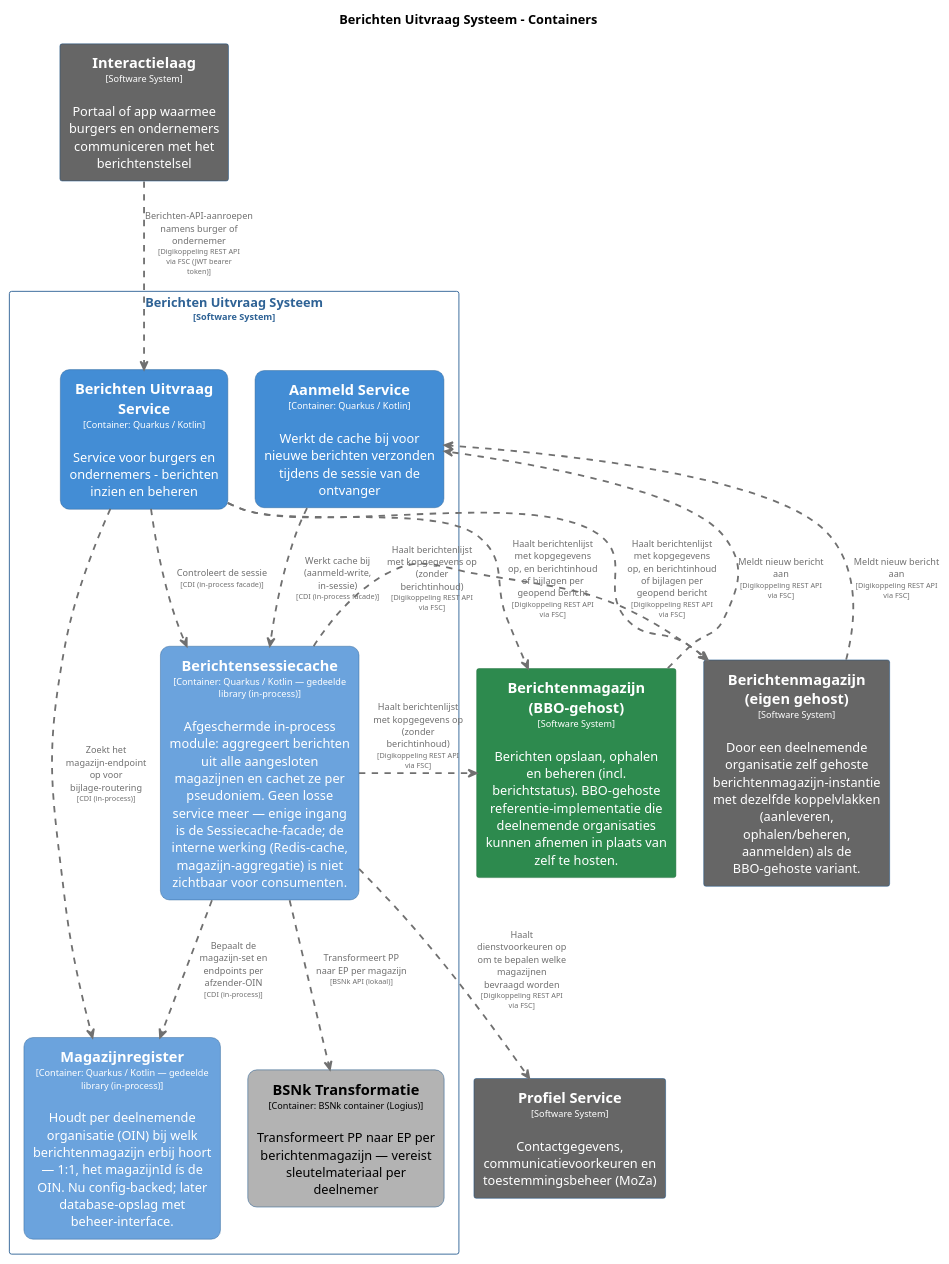
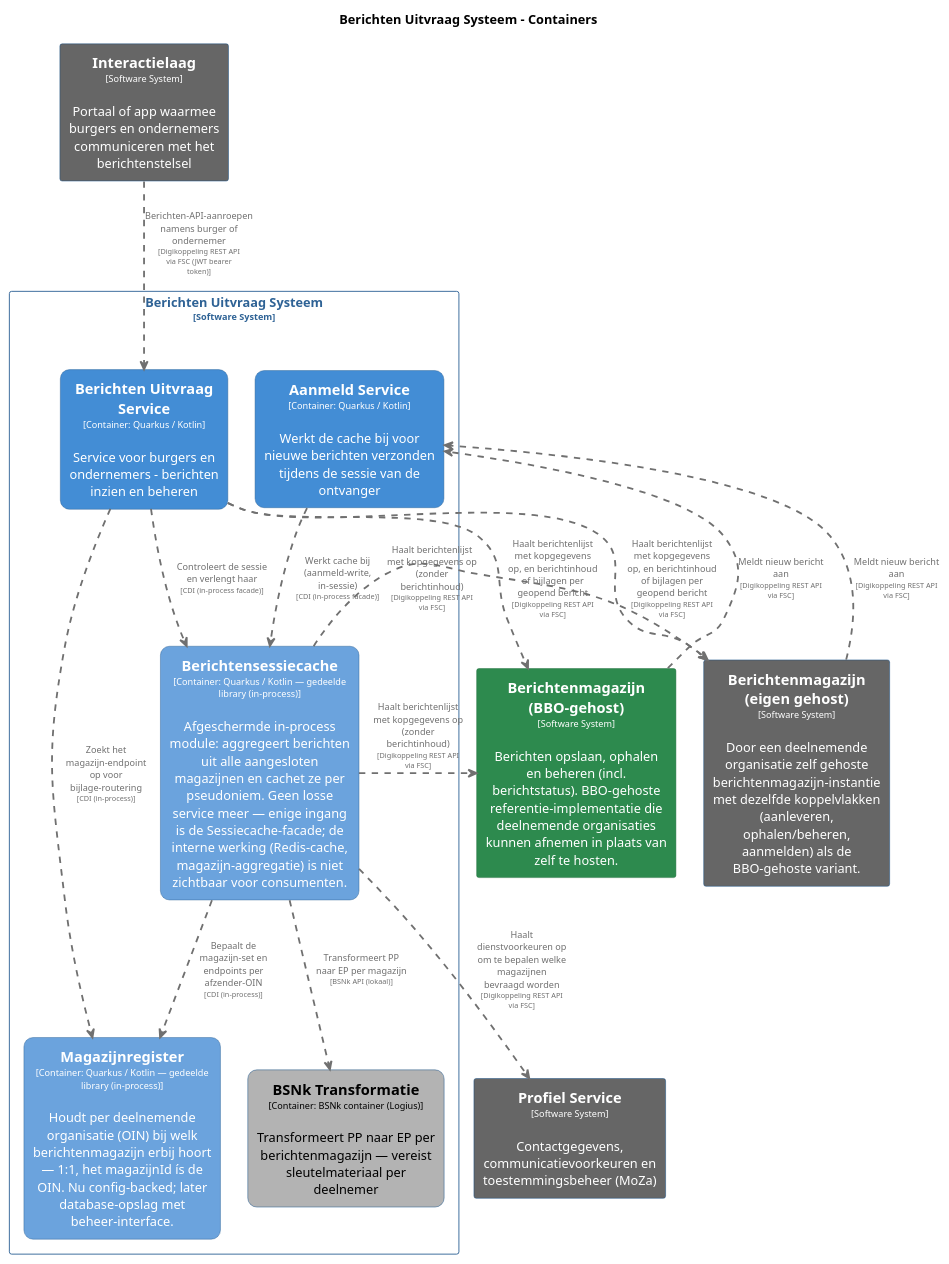
One commit to MinBZK/moza-poc-fbs-berichtenbox changed the diagram in pr-preview/pr-422/master/puml/BerichtenUitvraagSysteemContainers.puml. Above: the diagram before and after it, drawn with PlantUML. The commit also changed 17 other files, not shown here.

```diff
--- a/pr-preview/pr-422/master/puml/BerichtenUitvraagSysteemContainers.puml
+++ b/pr-preview/pr-422/master/puml/BerichtenUitvraagSysteemContainers.puml
@@ -1,109 +1,109 @@
 @startuml
 set separator none
 title Berichten Uitvraag Systeem - Containers
 
 top to bottom direction
 skinparam ranksep 60
 skinparam nodesep 30
 
 skinparam {
   arrowFontSize 10
   defaultTextAlignment center
   wrapWidth 200
   maxMessageSize 100
 }
 
 hide stereotype
 
 skinparam rectangle<<BerichtenUitvraagSysteem.AanmeldService>> {
   BackgroundColor #438dd5
   FontColor #ffffff
   BorderColor #2e6295
   roundCorner 20
   shadowing false
 }
 skinparam rectangle<<BerichtenUitvraagSysteem.BSNkTransformatie>> {
   BackgroundColor #b3b3b3
   FontColor #000000
   BorderColor #0b4884
   roundCorner 20
   shadowing false
 }
 skinparam rectangle<<BerichtenUitvraagSysteem.BerichtenUitvraagService>> {
   BackgroundColor #438dd5
   FontColor #ffffff
   BorderColor #2e6295
   roundCorner 20
   shadowing false
 }
 skinparam rectangle<<BerichtenmagazijnBBOgehost>> {
   BackgroundColor #2d8a4e
   FontColor #ffffff
   BorderColor #1e6b38
   shadowing false
 }
 skinparam rectangle<<Berichtenmagazijneigengehost>> {
   BackgroundColor #666666
   FontColor #ffffff
   BorderColor #0b4884
   shadowing false
 }
 skinparam rectangle<<BerichtenUitvraagSysteem.Berichtensessiecache>> {
   BackgroundColor #6ba3dd
   FontColor #ffffff
   BorderColor #2e6295
   roundCorner 20
   shadowing false
 }
 skinparam rectangle<<Interactielaag>> {
   BackgroundColor #666666
   FontColor #ffffff
   BorderColor #0b4884
   shadowing false
 }
 skinparam rectangle<<BerichtenUitvraagSysteem.Magazijnregister>> {
   BackgroundColor #6ba3dd
   FontColor #ffffff
   BorderColor #2e6295
   roundCorner 20
   shadowing false
 }
 skinparam rectangle<<ProfielService>> {
   BackgroundColor #666666
   FontColor #ffffff
   BorderColor #0b4884
   shadowing false
 }
 skinparam rectangle<<BerichtenUitvraagSysteem>> {
   BorderColor #2e6295
   FontColor #2e6295
   shadowing false
 }
 
 rectangle "==Profiel Service\n<size:10>[Software System]</size>\n\nContactgegevens, communicatievoorkeuren en toestemmingsbeheer (MoZa)" <<ProfielService>> as ProfielService
 rectangle "==Interactielaag\n<size:10>[Software System]</size>\n\nPortaal of app waarmee burgers en ondernemers communiceren met het berichtenstelsel" <<Interactielaag>> as Interactielaag
 rectangle "==Berichtenmagazijn (eigen gehost)\n<size:10>[Software System]</size>\n\nDoor een deelnemende organisatie zelf gehoste berichtenmagazijn-instantie met dezelfde koppelvlakken (aanleveren, ophalen/beheren, aanmelden) als de BBO-gehoste variant." <<Berichtenmagazijneigengehost>> as Berichtenmagazijneigengehost
 rectangle "==Berichtenmagazijn (BBO-gehost)\n<size:10>[Software System]</size>\n\nBerichten opslaan, ophalen en beheren (incl. berichtstatus). BBO-gehoste referentie-implementatie die deelnemende organisaties kunnen afnemen in plaats van zelf te hosten." <<BerichtenmagazijnBBOgehost>> as BerichtenmagazijnBBOgehost
 
 rectangle "Berichten Uitvraag Systeem\n<size:10>[Software System]</size>" <<BerichtenUitvraagSysteem>> {
   rectangle "==Berichtensessiecache\n<size:10>[Container: Quarkus / Kotlin — gedeelde library (in-process)]</size>\n\nAfgeschermde in-process module: aggregeert berichten uit alle aangesloten magazijnen en cachet ze per pseudoniem. Geen losse service meer — enige ingang is de Sessiecache-facade; de interne werking (Redis-cache, magazijn-aggregatie) is niet zichtbaar voor consumenten." <<BerichtenUitvraagSysteem.Berichtensessiecache>> as BerichtenUitvraagSysteem.Berichtensessiecache
   rectangle "==Berichten Uitvraag Service\n<size:10>[Container: Quarkus / Kotlin]</size>\n\nService voor burgers en ondernemers - berichten inzien en beheren" <<BerichtenUitvraagSysteem.BerichtenUitvraagService>> as BerichtenUitvraagSysteem.BerichtenUitvraagService
   rectangle "==BSNk Transformatie\n<size:10>[Container: BSNk container (Logius)]</size>\n\nTransformeert PP naar EP per berichtenmagazijn — vereist sleutelmateriaal per deelnemer" <<BerichtenUitvraagSysteem.BSNkTransformatie>> as BerichtenUitvraagSysteem.BSNkTransformatie
   rectangle "==Aanmeld Service\n<size:10>[Container: Quarkus / Kotlin]</size>\n\nWerkt de cache bij voor nieuwe berichten verzonden tijdens de sessie van de ontvanger" <<BerichtenUitvraagSysteem.AanmeldService>> as BerichtenUitvraagSysteem.AanmeldService
   rectangle "==Magazijnregister\n<size:10>[Container: Quarkus / Kotlin — gedeelde library (in-process)]</size>\n\nHoudt per deelnemende organisatie (OIN) bij welk berichtenmagazijn erbij hoort — 1:1, het magazijnId ís de OIN. Nu config-backed; later database-opslag met beheer-interface." <<BerichtenUitvraagSysteem.Magazijnregister>> as BerichtenUitvraagSysteem.Magazijnregister
 }
 
+BerichtenUitvraagSysteem.BerichtenUitvraagService .[#707070,thickness=2].> BerichtenUitvraagSysteem.Berichtensessiecache : "<color:#707070>Controleert de sessie en verlengt haar\n<color:#707070><size:8>[CDI (in-process facade)]</size>"
 BerichtenUitvraagSysteem.Berichtensessiecache .[#707070,thickness=2].> BerichtenUitvraagSysteem.Magazijnregister : "<color:#707070>Bepaalt de magazijn-set en endpoints per afzender-OIN\n<color:#707070><size:8>[CDI (in-process)]</size>"
 BerichtenUitvraagSysteem.BerichtenUitvraagService .[#707070,thickness=2].> BerichtenUitvraagSysteem.Magazijnregister : "<color:#707070>Zoekt het magazijn-endpoint op voor bijlage-routering\n<color:#707070><size:8>[CDI (in-process)]</size>"
 Interactielaag .[#707070,thickness=2].> BerichtenUitvraagSysteem.BerichtenUitvraagService : "<color:#707070>Berichten-API-aanroepen namens burger of ondernemer\n<color:#707070><size:8>[Digikoppeling REST API via FSC (JWT bearer token)]</size>"
 BerichtenUitvraagSysteem.BerichtenUitvraagService .[#707070,thickness=2].> BerichtenmagazijnBBOgehost : "<color:#707070>Haalt berichtenlijst met kopgegevens op, en berichtinhoud of bijlagen per geopend bericht\n<color:#707070><size:8>[Digikoppeling REST API via FSC]</size>"
 BerichtenmagazijnBBOgehost .[#707070,thickness=2].> BerichtenUitvraagSysteem.AanmeldService : "<color:#707070>Meldt nieuw bericht aan\n<color:#707070><size:8>[Digikoppeling REST API via FSC]</size>"
 BerichtenUitvraagSysteem.BerichtenUitvraagService .[#707070,thickness=2].> Berichtenmagazijneigengehost : "<color:#707070>Haalt berichtenlijst met kopgegevens op, en berichtinhoud of bijlagen per geopend bericht\n<color:#707070><size:8>[Digikoppeling REST API via FSC]</size>"
 BerichtenUitvraagSysteem.Berichtensessiecache .[#707070,thickness=2].> Berichtenmagazijneigengehost : "<color:#707070>Haalt berichtenlijst met kopgegevens op (zonder berichtinhoud)\n<color:#707070><size:8>[Digikoppeling REST API via FSC]</size>"
 Berichtenmagazijneigengehost .[#707070,thickness=2].> BerichtenUitvraagSysteem.AanmeldService : "<color:#707070>Meldt nieuw bericht aan\n<color:#707070><size:8>[Digikoppeling REST API via FSC]</size>"
 BerichtenUitvraagSysteem.Berichtensessiecache .[#707070,thickness=2].> ProfielService : "<color:#707070>Haalt dienstvoorkeuren op om te bepalen welke magazijnen bevraagd worden\n<color:#707070><size:8>[Digikoppeling REST API via FSC]</size>"
 BerichtenUitvraagSysteem.Berichtensessiecache .[#707070,thickness=2].> BerichtenmagazijnBBOgehost : "<color:#707070>Haalt berichtenlijst met kopgegevens op (zonder berichtinhoud)\n<color:#707070><size:8>[Digikoppeling REST API via FSC]</size>"
 BerichtenUitvraagSysteem.Berichtensessiecache .[#707070,thickness=2].> BerichtenUitvraagSysteem.BSNkTransformatie : "<color:#707070>Transformeert PP naar EP per magazijn\n<color:#707070><size:8>[BSNk API (lokaal)]</size>"
 BerichtenUitvraagSysteem.AanmeldService .[#707070,thickness=2].> BerichtenUitvraagSysteem.Berichtensessiecache : "<color:#707070>Werkt cache bij (aanmeld-write, in-sessie)\n<color:#707070><size:8>[CDI (in-process facade)]</size>"
-BerichtenUitvraagSysteem.BerichtenUitvraagService .[#707070,thickness=2].> BerichtenUitvraagSysteem.Berichtensessiecache : "<color:#707070>Controleert de sessie\n<color:#707070><size:8>[CDI (in-process facade)]</size>"
 @enduml
```
